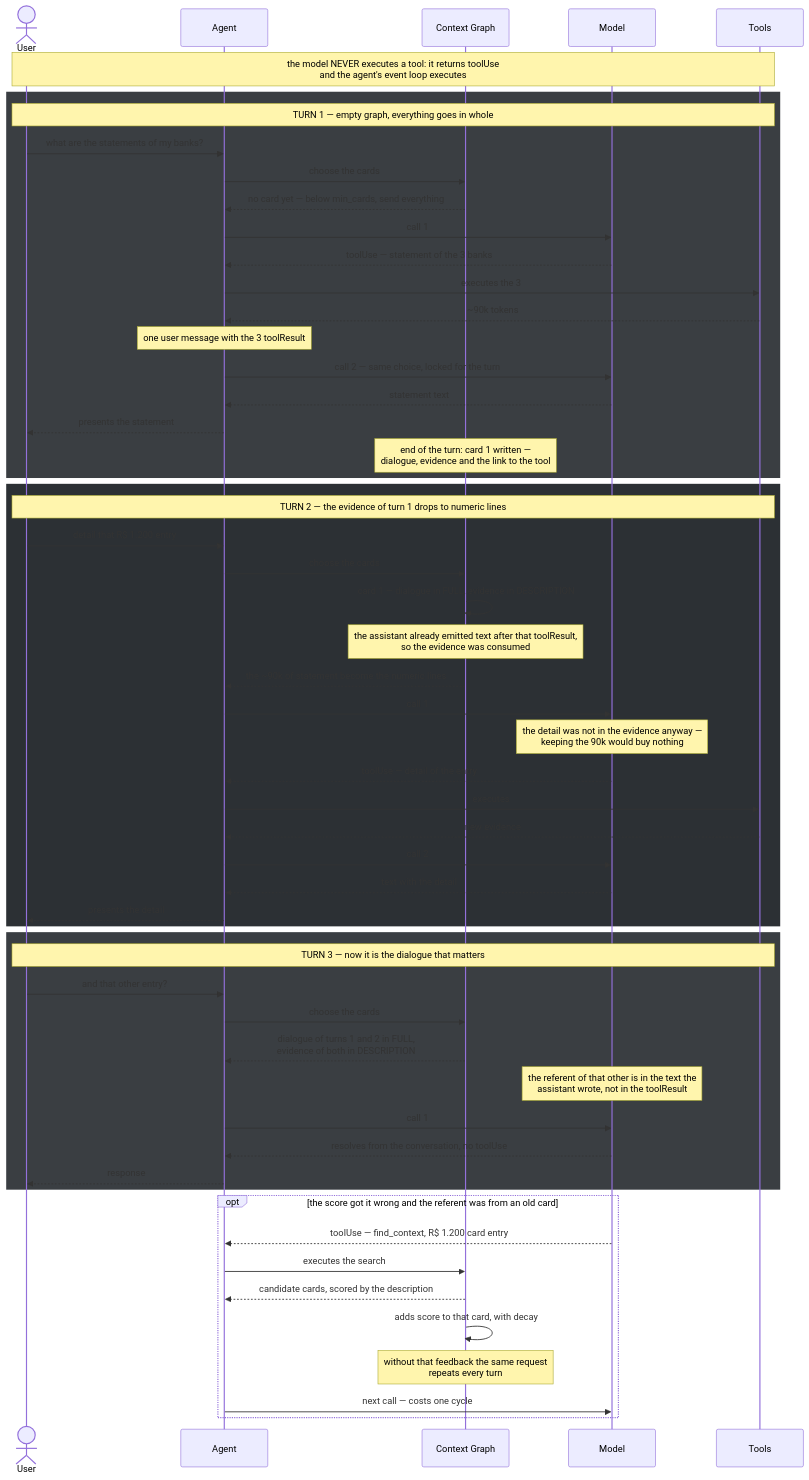
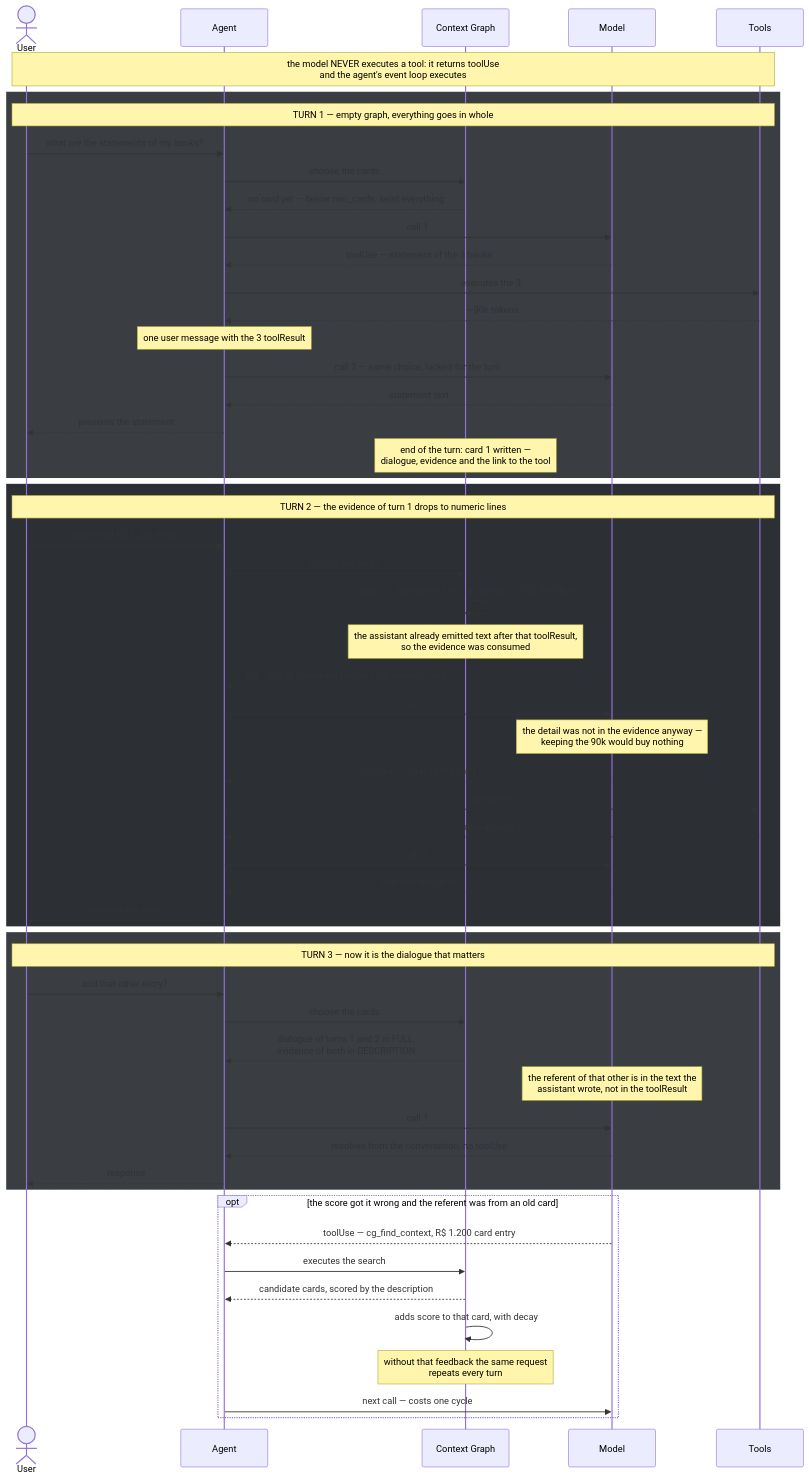
The second of 2 diagrams in docs/design/design-d-context-graph.md (aws-samples/sample-context-engineering), drawn with Mermaid before and after one commit. The commit also changed other lines of this file and 124 other files, not shown here.

````diff
--- a/docs/design/design-d-context-graph.md
+++ b/docs/design/design-d-context-graph.md
@@ -702,63 +702,63 @@
 ```mermaid
 sequenceDiagram
     actor U as User
     participant AG as Agent
     participant G as Context Graph
     participant M as Model
     participant T as Tools
 
     Note over U,T: the model NEVER executes a tool: it returns toolUse<br/>and the agent's event loop executes
 
     rect rgb(58, 62, 66)
     Note over U,T: TURN 1 — empty graph, everything goes in whole
     U->>AG: what are the statements of my banks?
     AG->>G: choose the cards
     G-->>AG: no card yet — below min_cards, send everything
     AG->>M: call 1
     M-->>AG: toolUse — statement of the 3 banks
     AG->>T: executes the 3
     T-->>AG: ~90k tokens
     Note over AG: one user message with the 3 toolResult
     AG->>M: call 2 — same choice, locked for the turn
     M-->>AG: statement text
     AG-->>U: presents the statement
     Note over G: end of the turn: card 1 written —<br/>dialogue, evidence and the link to the tool
     end
 
     rect rgb(44, 48, 52)
     Note over U,T: TURN 2 — the evidence of turn 1 drops to numeric lines
     U->>AG: detail that R$ 1.200 entry
     AG->>G: choose the cards
     G->>G: card 1 — dialogue in FULL, evidence in DESCRIPTION
     Note over G: the assistant already emitted text after that toolResult,<br/>so the evidence was consumed
     G-->>AG: the ~90k of statement become the numeric lines
     AG->>M: call 1
     Note over M: the detail was not in the evidence anyway —<br/>keeping the 90k would buy nothing
     M-->>AG: toolUse — detail of the entry
     AG->>T: executes
     T-->>AG: new evidence
     AG->>M: call 2
     M-->>AG: text with the detail
     AG-->>U: presents the detail
     end
 
     rect rgb(58, 62, 66)
     Note over U,T: TURN 3 — now it is the dialogue that matters
     U->>AG: and that other entry?
     AG->>G: choose the cards
     G-->>AG: dialogue of turns 1 and 2 in FULL,<br/>evidence of both in DESCRIPTION
     Note over M: the referent of that other is in the text the<br/>assistant wrote, not in the toolResult
     AG->>M: call 1
     M-->>AG: resolves from the conversation, no toolUse
     AG-->>U: response
     end
 
     opt the score got it wrong and the referent was from an old card
-        M-->>AG: toolUse — find_context, R$ 1.200 card entry
+        M-->>AG: toolUse — cg_find_context, R$ 1.200 card entry
         AG->>G: executes the search
         G-->>AG: candidate cards, scored by the description
         G->>G: adds score to that card, with decay
         Note over G: without that feedback the same request<br/>repeats every turn
         AG->>M: next call — costs one cycle
     end
 ```
````
